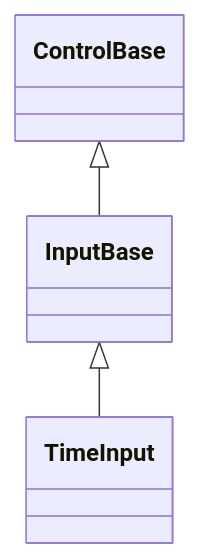
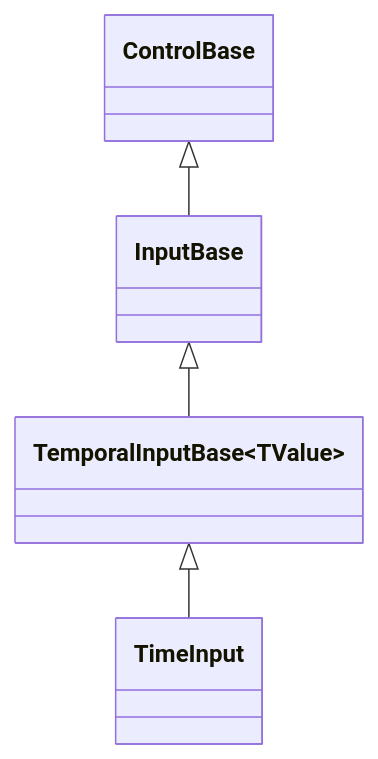
The diagram in docs/controls/input/time-input.md (pavkam/sharp-vision), drawn with Mermaid before and after one commit. The commit also changed other lines of this file and 32 other files, not shown here.

````diff
--- a/docs/controls/input/time-input.md
+++ b/docs/controls/input/time-input.md
@@ -56,5 +60,6 @@
 ```mermaid
 classDiagram
     ControlBase <|-- InputBase
-    InputBase <|-- TimeInput
+    InputBase <|-- TemporalInputBase~TValue~
+    TemporalInputBase~TValue~ <|-- TimeInput
 ```
````
